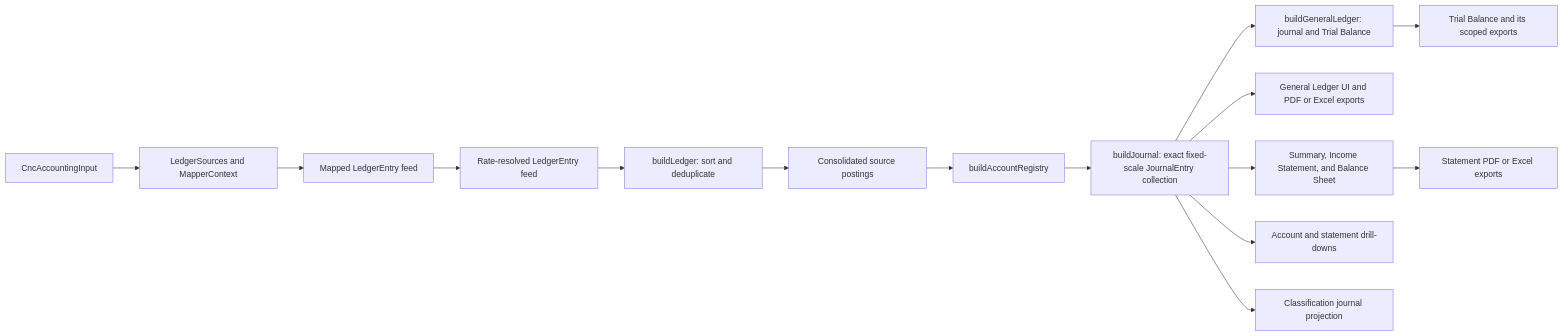
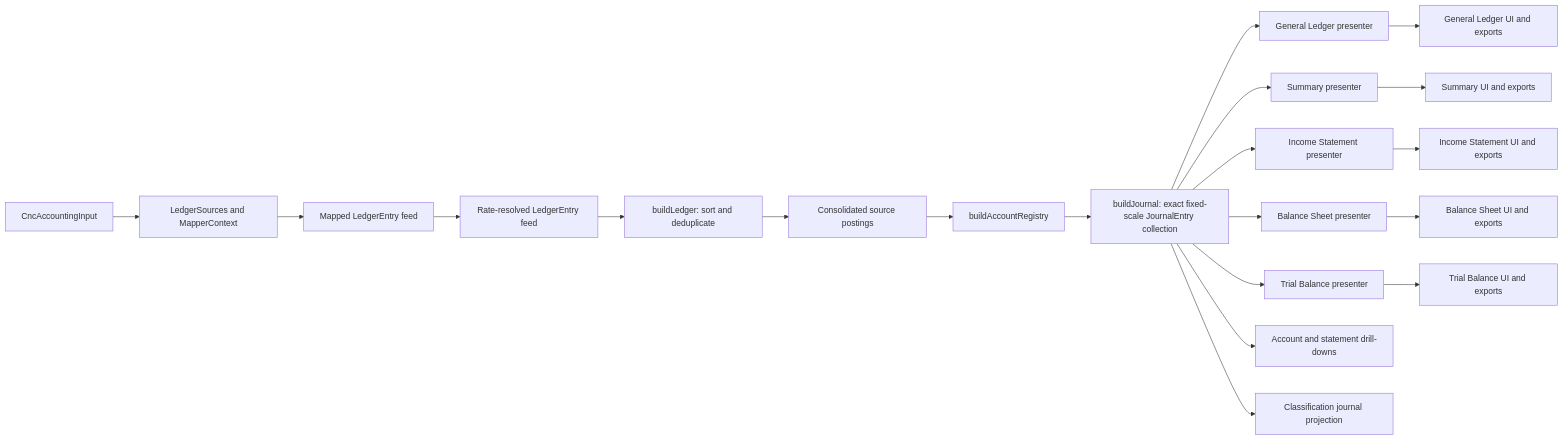
One commit to globe-and-citizen/cnc-portal changed the second of 5 diagrams in docs/implementation/accounting-read-model/README.md. Above: the diagram before and after it, drawn with Mermaid. The commit also changed other lines of this file and 2 other files, not shown here.

Commit message:
docs: 📝 document direct journal projections

````diff
--- a/docs/implementation/accounting-read-model/README.md
+++ b/docs/implementation/accounting-read-model/README.md
@@ -55,17 +57,22 @@
 ```mermaid
 flowchart LR
     input[CncAccountingInput] --> context[LedgerSources and MapperContext]
     context --> mapped[Mapped LedgerEntry feed]
     mapped --> raw[Rate-resolved LedgerEntry feed]
     raw --> ledger[buildLedger: sort and deduplicate]
     ledger --> entries[Consolidated source postings]
     entries --> registry[buildAccountRegistry]
     registry --> journal[buildJournal: exact fixed-scale JournalEntry collection]
-    journal --> trial[buildGeneralLedger: journal and Trial Balance]
-    journal --> generalLedgerUi[General Ledger UI and PDF or Excel exports]
-    journal --> statements[Summary, Income Statement, and Balance Sheet]
-    statements --> statementExports[Statement PDF or Excel exports]
+    journal --> ledgerPresenter[General Ledger presenter]
+    journal --> summaryPresenter[Summary presenter]
+    journal --> incomePresenter[Income Statement presenter]
+    journal --> balancePresenter[Balance Sheet presenter]
+    journal --> trialPresenter[Trial Balance presenter]
+    ledgerPresenter --> generalLedgerUi[General Ledger UI and exports]
+    summaryPresenter --> summaryUi[Summary UI and exports]
+    incomePresenter --> incomeUi[Income Statement UI and exports]
+    balancePresenter --> balanceUi[Balance Sheet UI and exports]
+    trialPresenter --> trialUi[Trial Balance UI and exports]
     journal --> drilldowns[Account and statement drill-downs]
     journal --> classification[Classification journal projection]
-    trial --> trialCard[Trial Balance and its scoped exports]
 ```
````
